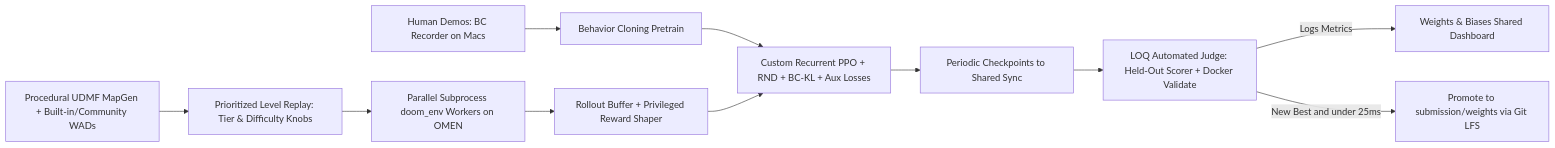
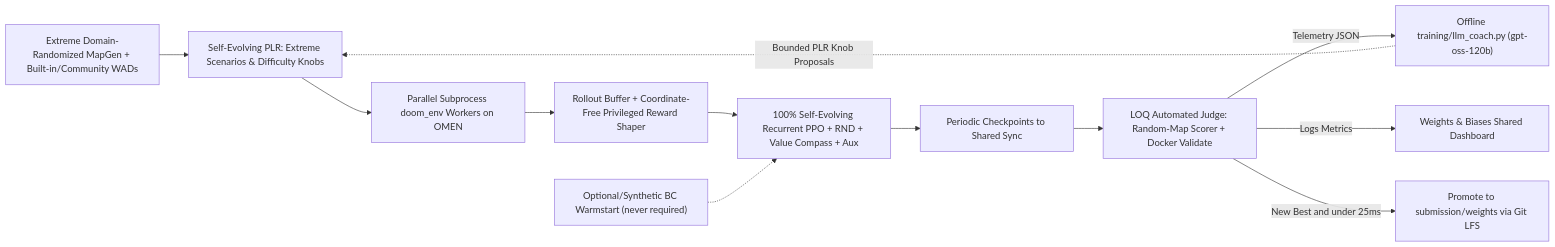
The second of 4 diagrams in planning/Design.md (aryanbhojgaria/hahahaahahaha), drawn with Mermaid before and after one commit. The commit also changed other lines of this file and 68 other files, not shown here.

Commit message:
Milestone 1: sync devforge-doom-template 63b90c4, 3-person ego-compass/random-map plans, llm_coach .env setup, WSL2 uv+Docker bootstrap

````diff
--- a/planning/Design.md
+++ b/planning/Design.md
@@ -35,13 +35,14 @@
 ```mermaid
 flowchart LR
-    MAP["Procedural UDMF MapGen + Built-in/Community WADs"] --> PLR["Prioritized Level Replay: Tier & Difficulty Knobs"]
+    MAP["Extreme Domain-Randomized MapGen + Built-in/Community WADs"] --> PLR["Self-Evolving PLR: Extreme Scenarios & Difficulty Knobs"]
     PLR --> ENVS["Parallel Subprocess doom_env Workers on OMEN"]
-    DEMO["Human Demos: BC Recorder on Macs"] --> BC["Behavior Cloning Pretrain"]
-    BC --> PPO["Custom Recurrent PPO + RND + BC-KL + Aux Losses"]
-    ENVS --> BUF["Rollout Buffer + Privileged Reward Shaper"]
-    BUF --> PPO
+    ENVS --> BUF["Rollout Buffer + Coordinate-Free Privileged Reward Shaper"]
+    BUF --> PPO["100% Self-Evolving Recurrent PPO + RND + Value Compass + Aux"]
+    OPT["Optional/Synthetic BC Warmstart (never required)"] -.-> PPO
     PPO --> CKPT["Periodic Checkpoints to Shared Sync"]
-    CKPT --> JUDGE["LOQ Automated Judge: Held-Out Scorer + Docker Validate"]
+    CKPT --> JUDGE["LOQ Automated Judge: Random-Map Scorer + Docker Validate"]
+    JUDGE -->|"Telemetry JSON"| COACH["Offline training/llm_coach.py (gpt-oss-120b)"]
+    COACH -.->|"Bounded PLR Knob Proposals"| PLR
     JUDGE -->|"Logs Metrics"| WB["Weights & Biases Shared Dashboard"]
     JUDGE -->|"New Best and under 25ms"| PROMOTE["Promote to submission/weights via Git LFS"]
 ```
````
